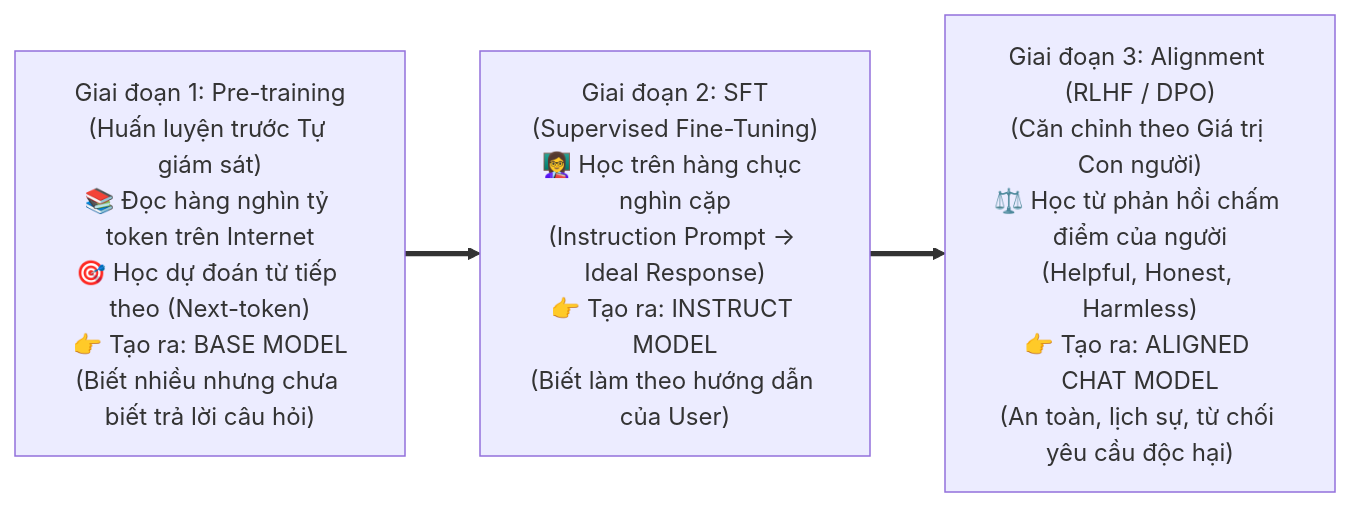
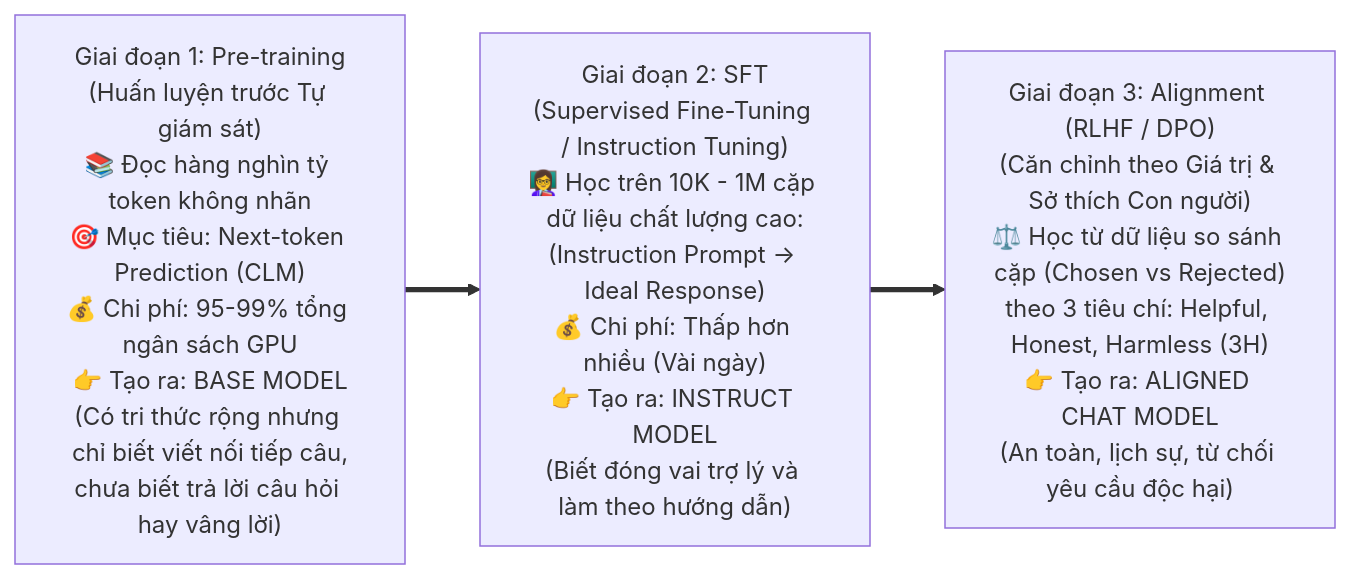
One commit to nxthanh2904/nca-genl changed the third of 5 diagrams in Module_03_Generative_AI_and_LLM.md. Above: the diagram before and after it, drawn with Mermaid. The commit also changed other lines of this file and 11 other files, not shown here.

````diff
--- a/Module_03_Generative_AI_and_LLM.md
+++ b/Module_03_Generative_AI_and_LLM.md
@@ -86,10 +113,10 @@
 ```mermaid
 flowchart LR
-    S1["Giai đoạn 1: Pre-training<br/>(Huấn luyện trước Tự giám sát)<br/>📚 Đọc hàng nghìn tỷ token trên Internet<br/>🎯 Học dự đoán từ tiếp theo (Next-token)<br/>👉 Tạo ra: BASE MODEL<br/>(Biết nhiều nhưng chưa biết trả lời câu hỏi)"]
+    S1["Giai đoạn 1: Pre-training<br/>(Huấn luyện trước Tự giám sát)<br/>📚 Đọc hàng nghìn tỷ token không nhãn<br/>🎯 Mục tiêu: Next-token Prediction (CLM)<br/>💰 Chi phí: 95-99% tổng ngân sách GPU<br/>👉 Tạo ra: BASE MODEL<br/>(Có tri thức rộng nhưng chỉ biết viết nối tiếp câu,<br/>chưa biết trả lời câu hỏi hay vâng lời)"]
     
-    S2["Giai đoạn 2: SFT<br/>(Supervised Fine-Tuning)<br/>👩‍🏫 Học trên hàng chục nghìn cặp<br/>(Instruction Prompt -> Ideal Response)<br/>👉 Tạo ra: INSTRUCT MODEL<br/>(Biết làm theo hướng dẫn của User)"]
+    S2["Giai đoạn 2: SFT<br/>(Supervised Fine-Tuning / Instruction Tuning)<br/>👩‍🏫 Học trên 10K - 1M cặp dữ liệu chất lượng cao:<br/>(Instruction Prompt -> Ideal Response)<br/>💰 Chi phí: Thấp hơn nhiều (Vài ngày)<br/>👉 Tạo ra: INSTRUCT MODEL<br/>(Biết đóng vai trợ lý và làm theo hướng dẫn)"]
     
-    S3["Giai đoạn 3: Alignment (RLHF / DPO)<br/>(Căn chỉnh theo Giá trị Con người)<br/>⚖️ Học từ phản hồi chấm điểm của người<br/>(Helpful, Honest, Harmless)<br/>👉 Tạo ra: ALIGNED CHAT MODEL<br/>(An toàn, lịch sự, từ chối yêu cầu độc hại)"]
+    S3["Giai đoạn 3: Alignment (RLHF / DPO)<br/>(Căn chỉnh theo Giá trị & Sở thích Con người)<br/>⚖️ Học từ dữ liệu so sánh cặp (Chosen vs Rejected)<br/>theo 3 tiêu chí: Helpful, Honest, Harmless (3H)<br/>👉 Tạo ra: ALIGNED CHAT MODEL<br/>(An toàn, lịch sự, từ chối yêu cầu độc hại)"]
 
     S1 ==> S2 ==> S3
 ```
````
